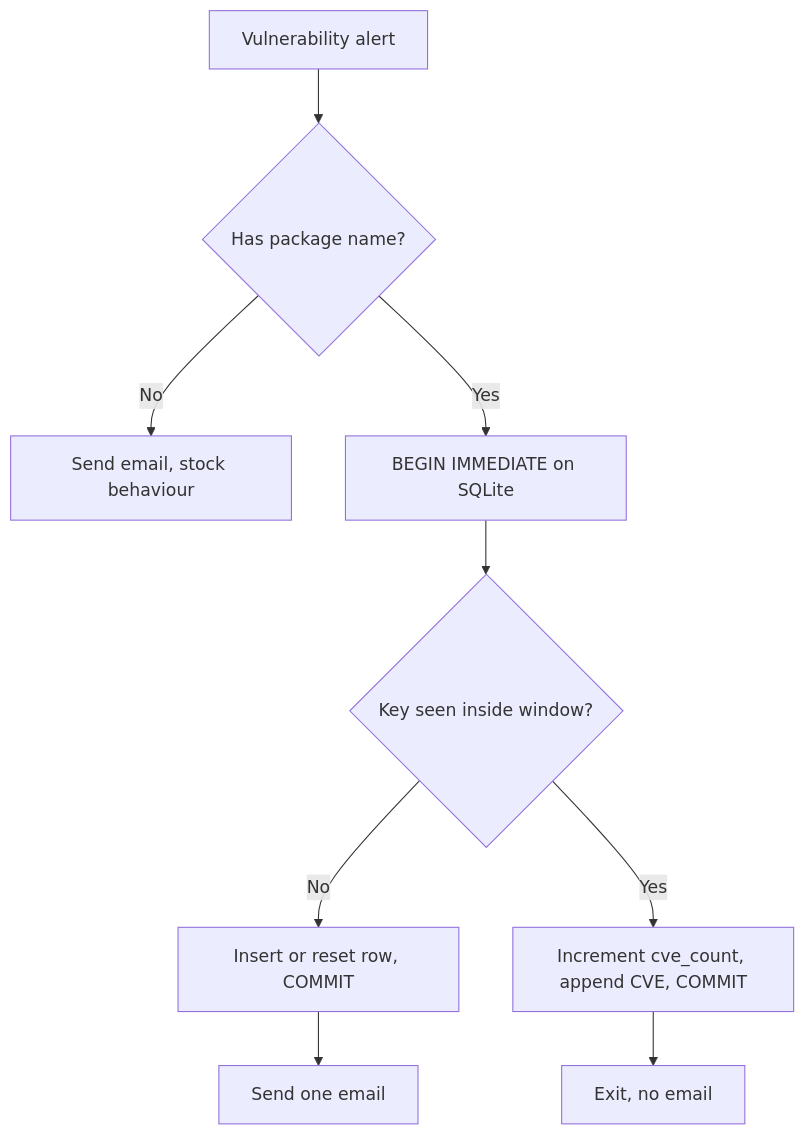
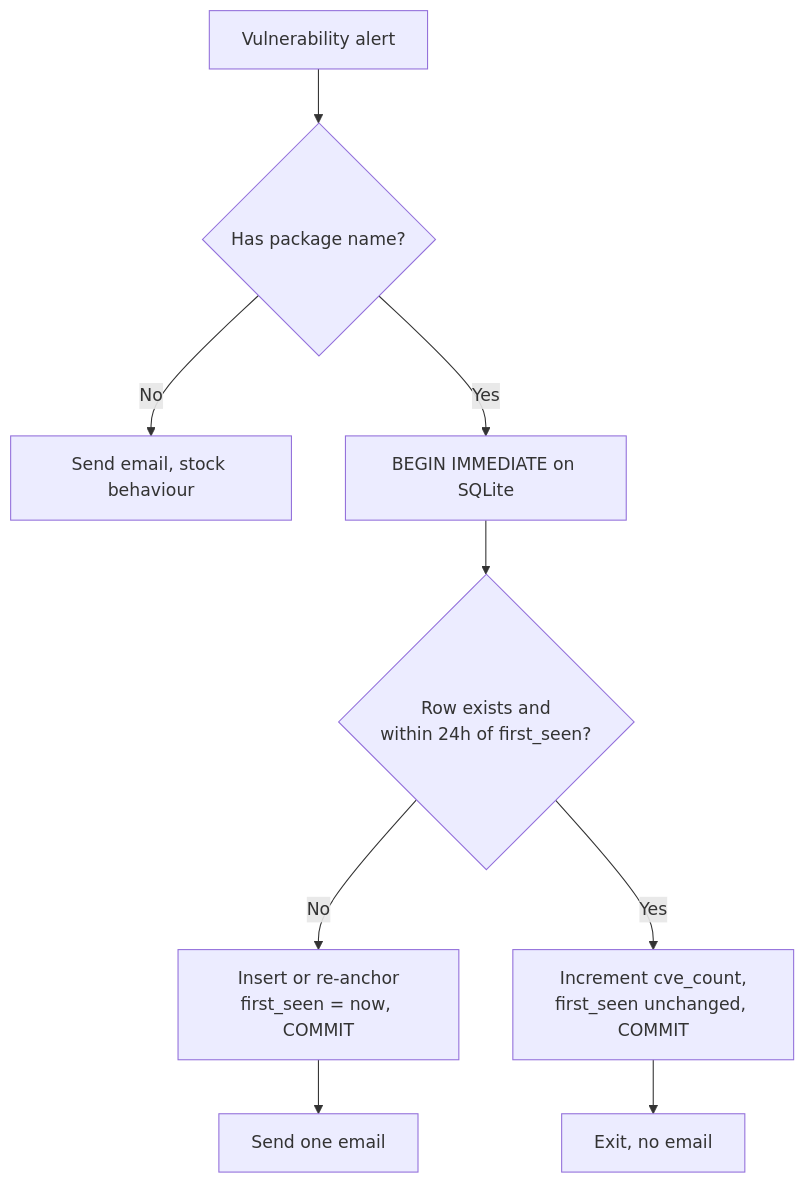
Before and after one commit to Radargoger/integrations: the diagram in integrations/vulnerability_email_dedup/README.md, drawn with Mermaid. The commit also changed other lines of this file and 2 other files, not shown here.

First line of the commit message:
Anchor dedup window at first alert and make prune non-critical

````diff
--- a/integrations/vulnerability_email_dedup/README.md
+++ b/integrations/vulnerability_email_dedup/README.md
@@ -95,11 +111,11 @@
 ```mermaid
 graph TD
     A[Vulnerability alert] --> B{Has package name?}
     B -- No --> C[Send email, stock behaviour]
     B -- Yes --> D[BEGIN IMMEDIATE on SQLite]
-    D --> E{Key seen inside window?}
-    E -- No --> F[Insert or reset row, COMMIT]
+    D --> E{Row exists and<br/>within 24h of first_seen?}
+    E -- No --> F[Insert or re-anchor<br/>first_seen = now, COMMIT]
     F --> G[Send one email]
-    E -- Yes --> H[Increment cve_count, append CVE, COMMIT]
+    E -- Yes --> H[Increment cve_count,<br/>first_seen unchanged, COMMIT]
     H --> I[Exit, no email]
 ```
````
